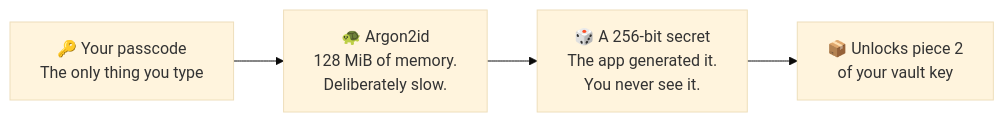
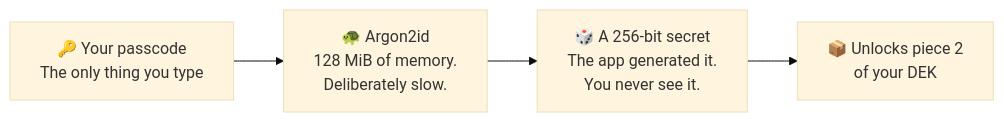
Before and after one commit to TuPhung369/passwordepic-website: the second of 3 diagrams in docs/your-passcode.md, drawn with Mermaid (base theme). The commit also changed other lines of this file and 22 other files, not shown here.

````diff
--- a/docs/your-passcode.md
+++ b/docs/your-passcode.md
@@ -63,6 +63,6 @@
 ```mermaid
 flowchart LR
   A["🔑 Your passcode<br/>The only thing you type"] --> B["🐢 Argon2id<br/>128 MiB of memory.<br/>Deliberately slow."]
   B --> C["🎲 A 256-bit secret<br/>The app generated it.<br/>You never see it."]
-  C --> D["📦 Unlocks piece 2<br/>of your vault key"]
+  C --> D["📦 Unlocks piece 2<br/>of your DEK"]
 ```
````
